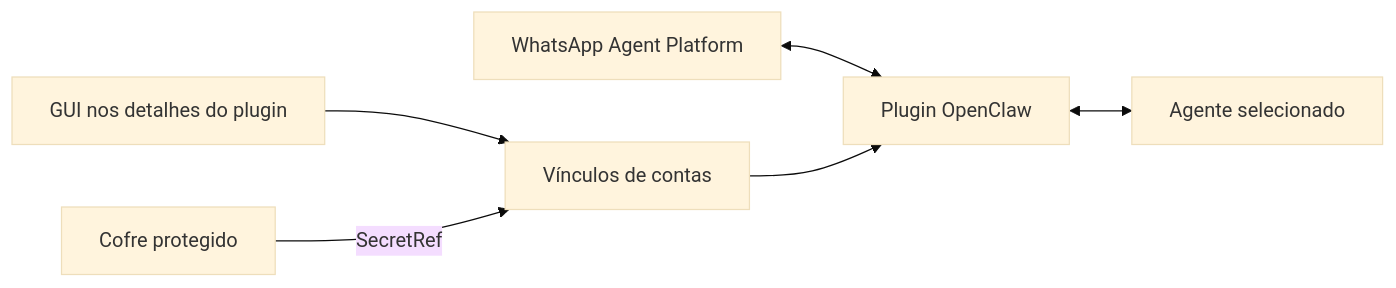
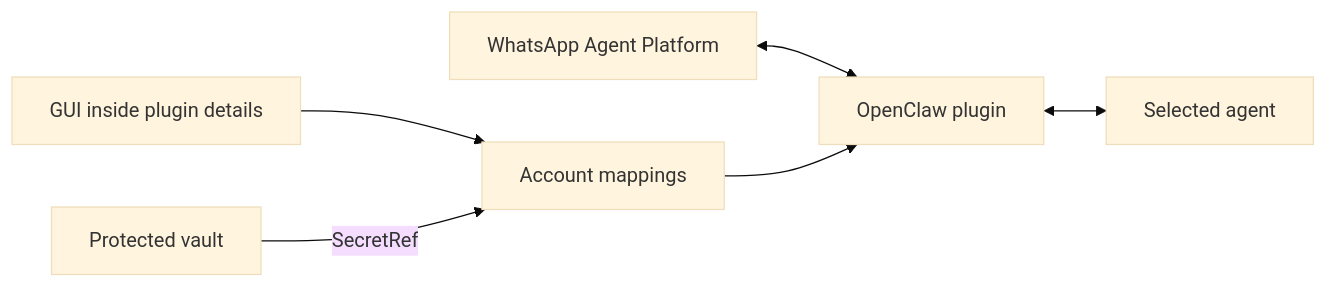
One commit to localxcrm/openclaw-whatsapp-agent-platform changed the diagram in README.md. Above: the diagram before and after it, drawn with Mermaid (base theme). The commit also changed other lines of this file and 22 other files, not shown here.

````diff
--- a/README.md
+++ b/README.md
@@ -23,8 +23,8 @@
 ```mermaid
 flowchart LR
-    W[WhatsApp Agent Platform] <--> P[Plugin OpenClaw]
-    P <--> A[Agente selecionado]
-    G[GUI nos detalhes do plugin] --> V[Vínculos de contas]
-    V --> P
-    C[Cofre protegido] -->|SecretRef| V
+    W[WhatsApp Agent Platform] <--> P[OpenClaw plugin]
+    P <--> A[Selected agent]
+    G[GUI inside plugin details] --> M[Account mappings]
+    M --> P
+    V[Protected vault] -->|SecretRef| M
 ```
````
